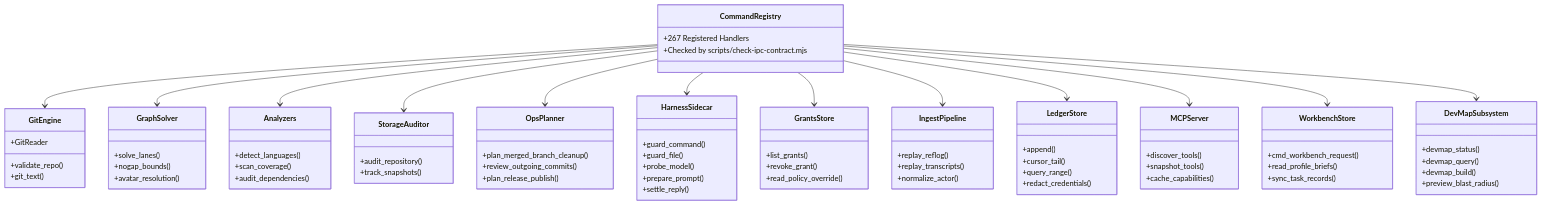
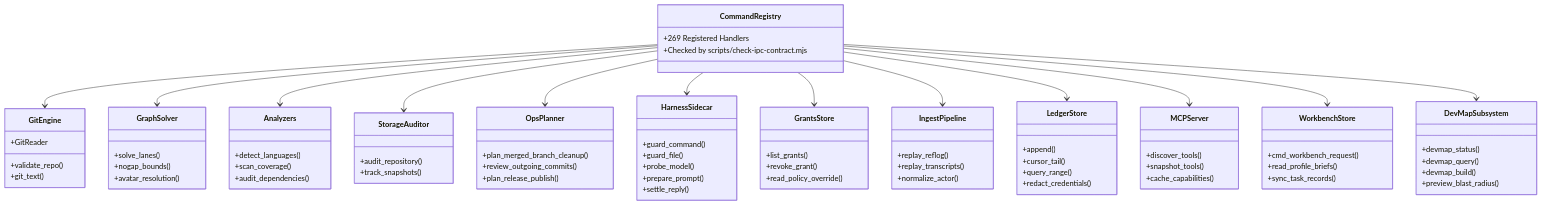
One commit to bharathvbcr/GitPulse changed the third of 5 diagrams in docs/ARCHITECTURE.md. Above: the diagram before and after it, drawn with Mermaid. The commit also changed other lines of this file and 12 other files, not shown here.

````diff
--- a/docs/ARCHITECTURE.md
+++ b/docs/ARCHITECTURE.md
@@ -199,7 +199,7 @@
 ```mermaid
 classDiagram
     class CommandRegistry {
-        +267 Registered Handlers
+        +269 Registered Handlers
         +Checked by scripts/check-ipc-contract.mjs
     }
     class GitEngine {
````
